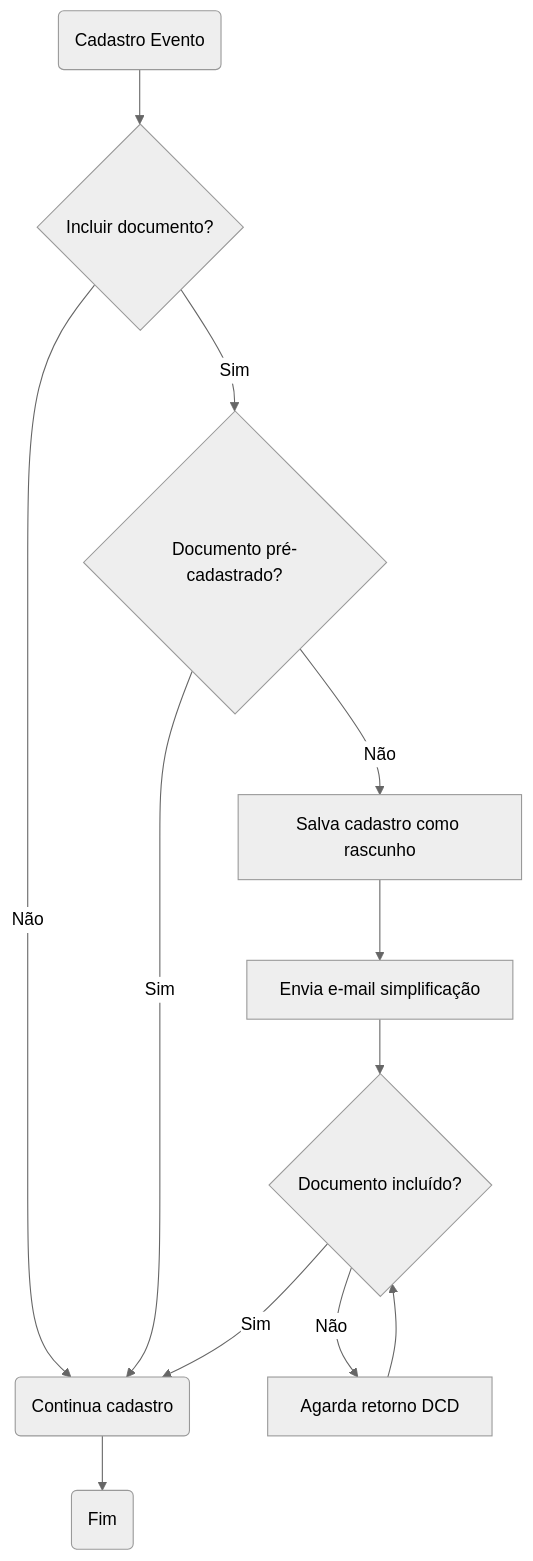
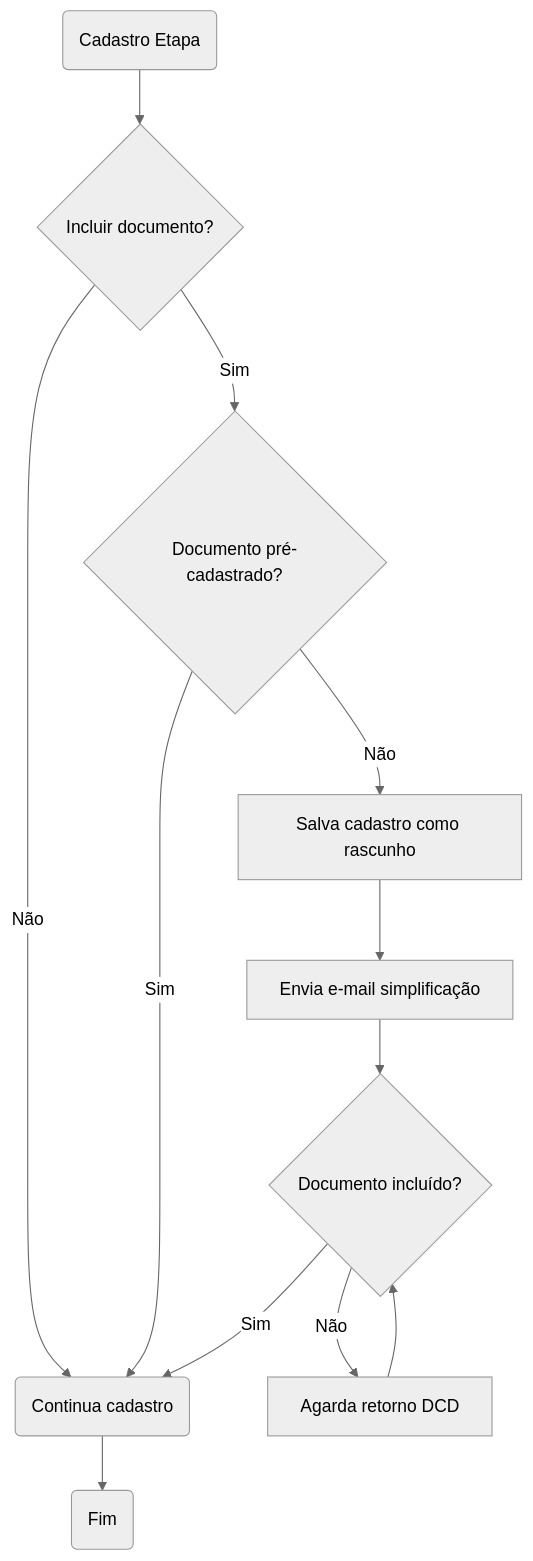
One commit to lab-mg/handbook changed the first of 2 diagrams in docs/atas/20230929_acompanhamento_mapa_transformacao.md. Above: the diagram before and after it, drawn with Mermaid (neutral theme). The commit also changed other lines of this file, not shown here.

````diff
--- a/docs/atas/20230929_acompanhamento_mapa_transformacao.md
+++ b/docs/atas/20230929_acompanhamento_mapa_transformacao.md
@@ -32,20 +31,20 @@
 ```mermaid
 flowchart TD
-    1(Cadastro Evento)-->3
+    1(Cadastro Etapa)-->3
     3{Incluir documento?}
     3-->|Não|3.1
     3.1(Continua cadastro)
     3-->|Sim|3.2
     3.2{Documento pré-cadastrado?}
     3.2-->|Sim|3.1
     3.2-->|Não|3.2.1
     3.2.1[Salva cadastro como rascunho]-->3.2.2
     3.2.2[Envia e-mail simplificação]-->3.2.3
     3.2.3{Documento incluído?}
     3.2.3-->|Não|3.2.3.1
     3.2.3.1[Agarda retorno DCD]
     3.2.3.1-->3.2.3
     3.2.3-->|Sim|3.1
     3.1-->4
     4(Fim)
 ```
````
